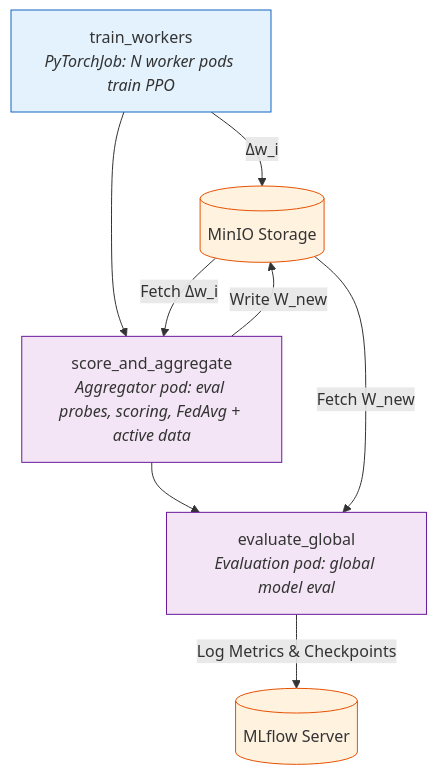
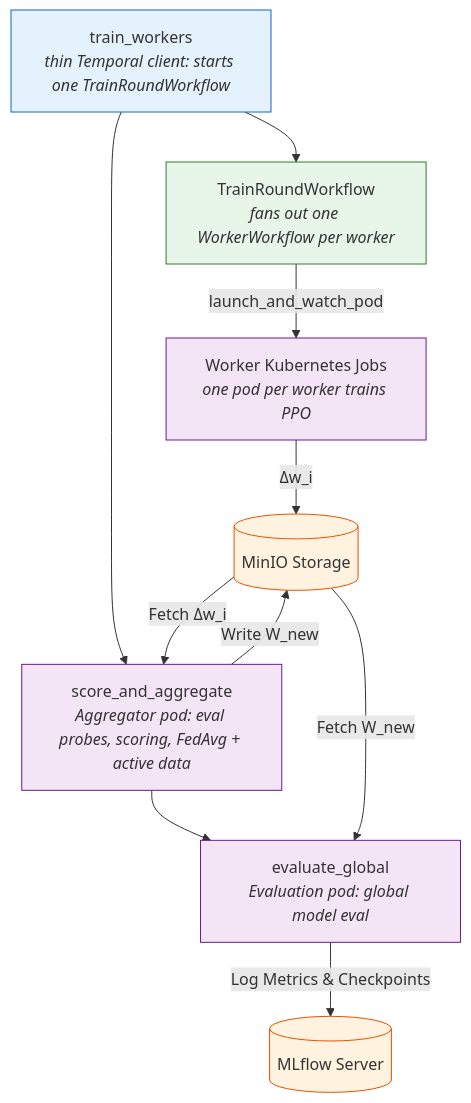
Before and after one commit to supat-roong/active-fed: the second of 2 diagrams in README.md, drawn with Mermaid. The commit also changed other lines of this file, not shown here.

Commit message:
docs(readme): replace stale PyTorchJob claims with the Temporal worker path

````diff
--- a/README.md
+++ b/README.md
@@ -171,21 +171,26 @@
 ```mermaid
 graph TD
     classDef job fill:#e3f2fd,stroke:#1565c0
     classDef pod fill:#f3e5f5,stroke:#6a1b9a
     classDef store fill:#fff3e0,stroke:#e65100
-    
-    Train[train_workers<br><i>PyTorchJob: N worker pods train PPO</i>]:::job
+    classDef temporal fill:#e8f5e9,stroke:#2e7d32
+
+    Train[train_workers<br><i>thin Temporal client: starts one TrainRoundWorkflow</i>]:::job
+    Round[TrainRoundWorkflow<br><i>fans out one WorkerWorkflow per worker</i>]:::temporal
+    Jobs[Worker Kubernetes Jobs<br><i>one pod per worker trains PPO</i>]:::pod
     Agg[score_and_aggregate<br><i>Aggregator pod: eval probes, scoring, FedAvg + active data</i>]:::pod
     Eval[evaluate_global<br><i>Evaluation pod: global model eval</i>]:::pod
-    
+
     MinIO[(MinIO Storage)]:::store
     MLflow[(MLflow Server)]:::store
-    
-    Train -->|Δw_i| MinIO
+
+    Train --> Round
+    Round -->|launch_and_watch_pod| Jobs
+    Jobs -->|Δw_i| MinIO
     Train --> Agg
     MinIO -->|Fetch Δw_i| Agg
     Agg -->|Write W_new| MinIO
     Agg --> Eval
     MinIO -->|Fetch W_new| Eval
     Eval -->|Log Metrics & Checkpoints| MLflow
 ```
````
